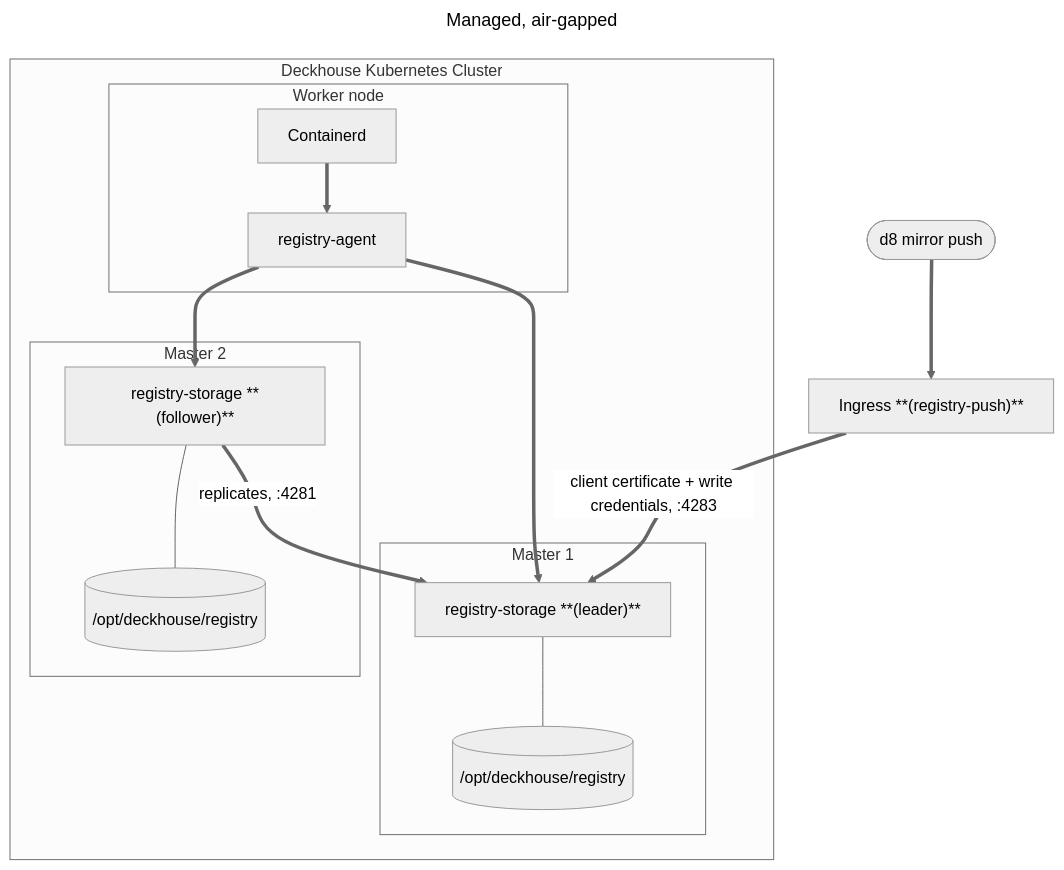
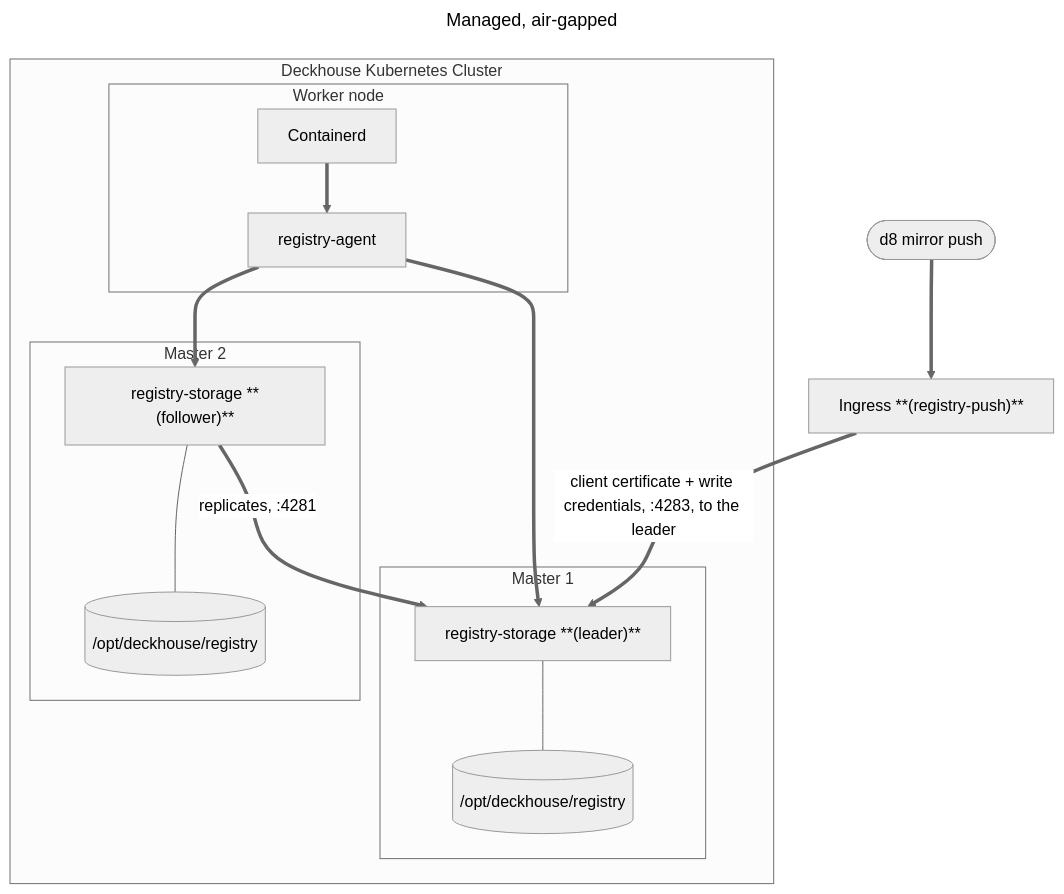
One commit to deckhouse/deckhouse changed the third of 3 diagrams in modules/038-registry/docs/internal/MANAGED.md. Above: the diagram before and after it, drawn with Mermaid (neutral theme). The commit also changed other lines of this file and 27 other files, not shown here.

````diff
--- a/modules/038-registry/docs/internal/MANAGED.md
+++ b/modules/038-registry/docs/internal/MANAGED.md
@@ -114,32 +118,32 @@
 ```mermaid
 ---
 title: Managed, air-gapped
 ---
 flowchart TD
 operator(["d8 mirror push"])
 ingress["Ingress **(registry-push)**"]
 
 subgraph Cluster["Deckhouse Kubernetes Cluster"]
 subgraph Master1["Master 1"]
 storage1["registry-storage **(leader)**"]
 data1[("/opt/deckhouse/registry")]
 storage1 --- data1
 end
 subgraph Master2["Master 2"]
 storage2["registry-storage **(follower)**"]
 data2[("/opt/deckhouse/registry")]
 storage2 --- data2
 end
 subgraph Node1["Worker node"]
 containerd1[Containerd]
 agent1["registry-agent"]
 containerd1 ==> agent1
 end
 end
 
 operator ==> ingress
-ingress == "client certificate + write credentials, :4283" ==> storage1
+ingress == "client certificate + write credentials, :4283, to the leader" ==> storage1
 storage2 == "replicates, :4281" ==> storage1
 agent1 ==> storage1
 agent1 ==> storage2
 ```
````
